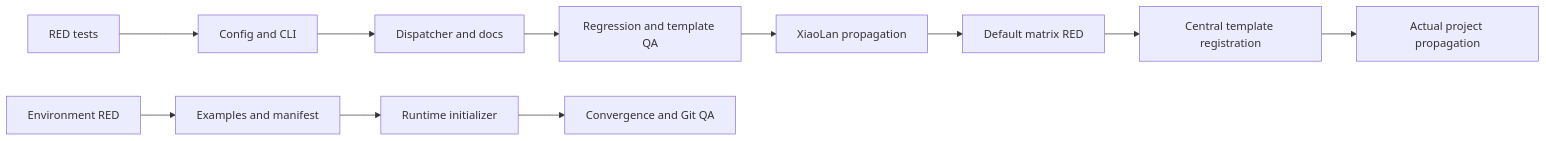
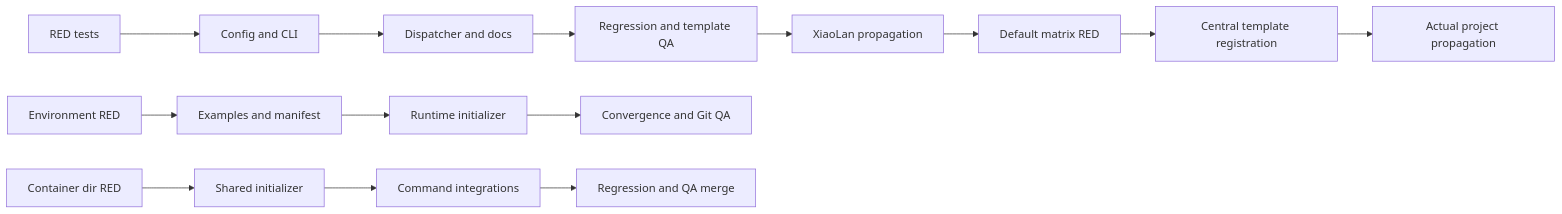
Before and after one commit to hollisyao2024/PromptsEngineering: the diagram in docs/TASK.md, drawn with Mermaid. The commit also changed other lines of this file and 19 other files, not shown here.

````diff
--- a/docs/TASK.md
+++ b/docs/TASK.md
@@ -31,13 +32,16 @@
 ```mermaid
 flowchart LR
   T1[RED tests] --> T2[Config and CLI]
   T2 --> T3[Dispatcher and docs]
   T3 --> T4[Regression and template QA]
   T4 --> T5[XiaoLan propagation]
   T5 --> T6[Default matrix RED]
   T6 --> T7[Central template registration]
   T7 --> T8[Actual project propagation]
   E1[Environment RED] --> E2[Examples and manifest]
   E2 --> E3[Runtime initializer]
   E3 --> E4[Convergence and Git QA]
+  C1[Container dir RED] --> C2[Shared initializer]
+  C2 --> C3[Command integrations]
+  C3 --> C4[Regression and QA merge]
 ```
````
